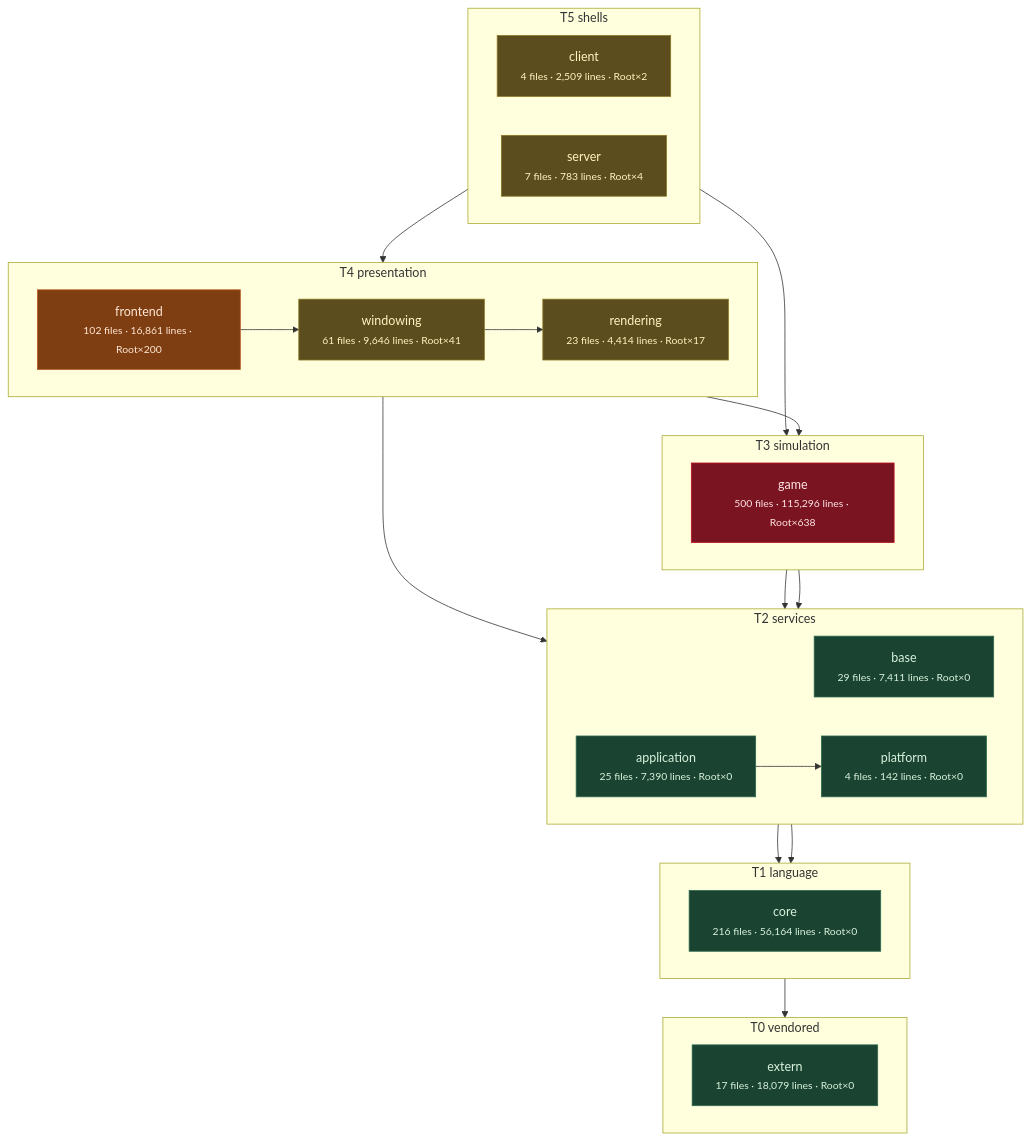
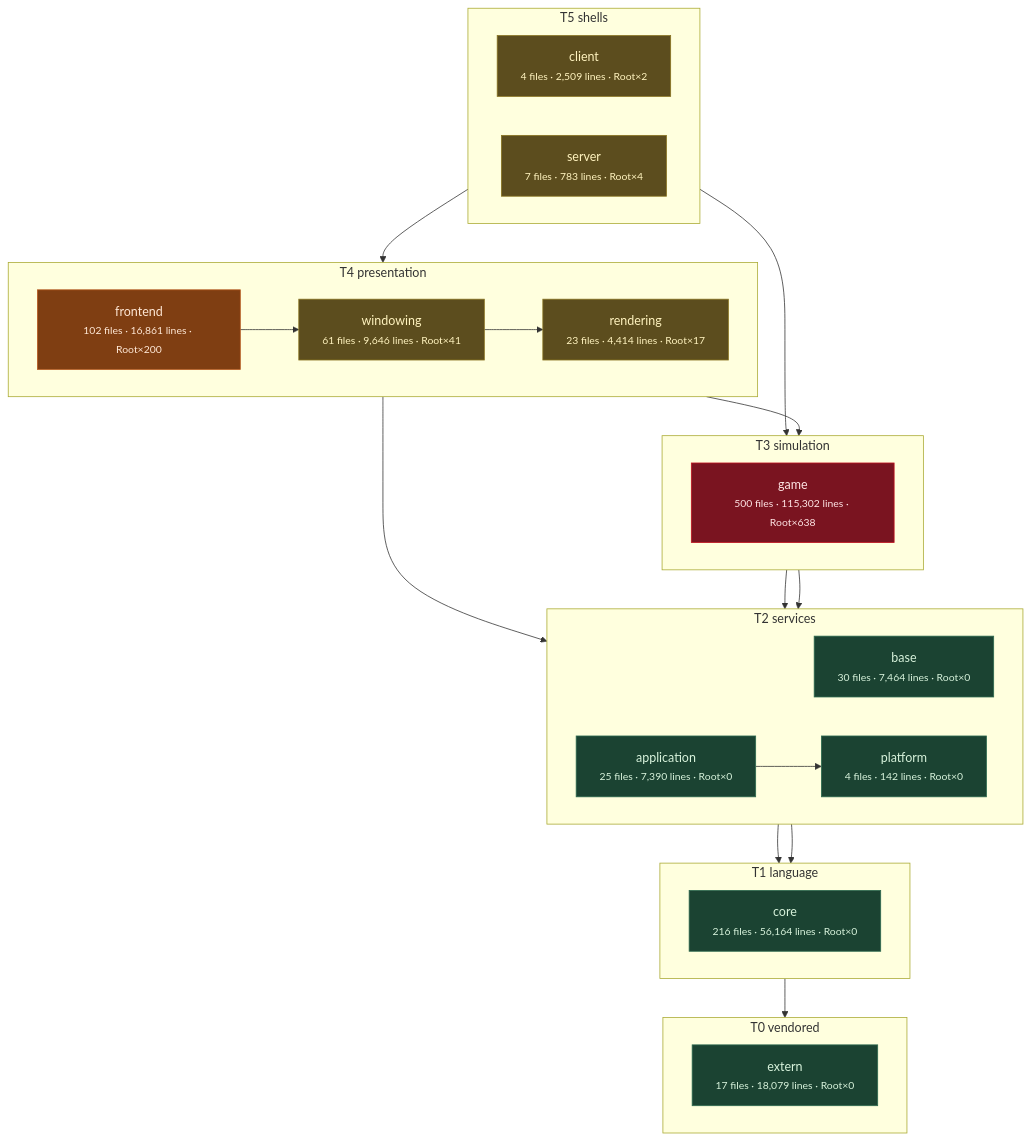
One commit to apnex/OpenStarbound changed the third of 11 diagrams in docs/architecture/system-boundaries.md. Above: the diagram before and after it, drawn with Mermaid. The commit also changed other lines of this file and 4 other files, not shown here.

````diff
--- a/docs/architecture/system-boundaries.md
+++ b/docs/architecture/system-boundaries.md
@@ -270,52 +270,52 @@
 ```mermaid
 flowchart TD
   subgraph T0["T0 vendored"]
     direction LR
     extern["extern<br/><small>17 files · 18,079 lines · Root×0</small>"]
   end
   subgraph T1["T1 language"]
     direction LR
     core["core<br/><small>216 files · 56,164 lines · Root×0</small>"]
   end
   subgraph T2["T2 services"]
     direction LR
-    base["base<br/><small>29 files · 7,411 lines · Root×0</small>"]
+    base["base<br/><small>30 files · 7,464 lines · Root×0</small>"]
     platform["platform<br/><small>4 files · 142 lines · Root×0</small>"]
     application["application<br/><small>25 files · 7,390 lines · Root×0</small>"]
   end
   subgraph T3["T3 simulation"]
     direction LR
-    game["game<br/><small>500 files · 115,296 lines · Root×638</small>"]
+    game["game<br/><small>500 files · 115,302 lines · Root×638</small>"]
   end
   subgraph T4["T4 presentation"]
     direction LR
     rendering["rendering<br/><small>23 files · 4,414 lines · Root×17</small>"]
     windowing["windowing<br/><small>61 files · 9,646 lines · Root×41</small>"]
     frontend["frontend<br/><small>102 files · 16,861 lines · Root×200</small>"]
   end
   subgraph T5["T5 shells"]
     direction LR
     client["client<br/><small>4 files · 2,509 lines · Root×2</small>"]
     server["server<br/><small>7 files · 783 lines · Root×4</small>"]
   end
   core --> extern
   base --> core
   platform --> core
   application --> platform
   game --> base
   game --> platform
   rendering --> application
   rendering --> game
   windowing --> rendering
   frontend --> windowing
   client --> frontend
   server --> game
   classDef clean fill:#1b4332,stroke:#2d6a4f,color:#d8f3dc
   classDef warm  fill:#5c4d1e,stroke:#8a7420,color:#fff3bf
   classDef hot   fill:#7f3e12,stroke:#b5561b,color:#ffe8d6
   classDef blaze fill:#7a1420,stroke:#c1121f,color:#ffe5e5
   class extern,core,base,platform,application clean
   class rendering,windowing,client,server warm
   class frontend hot
   class game blaze
 ```
````
